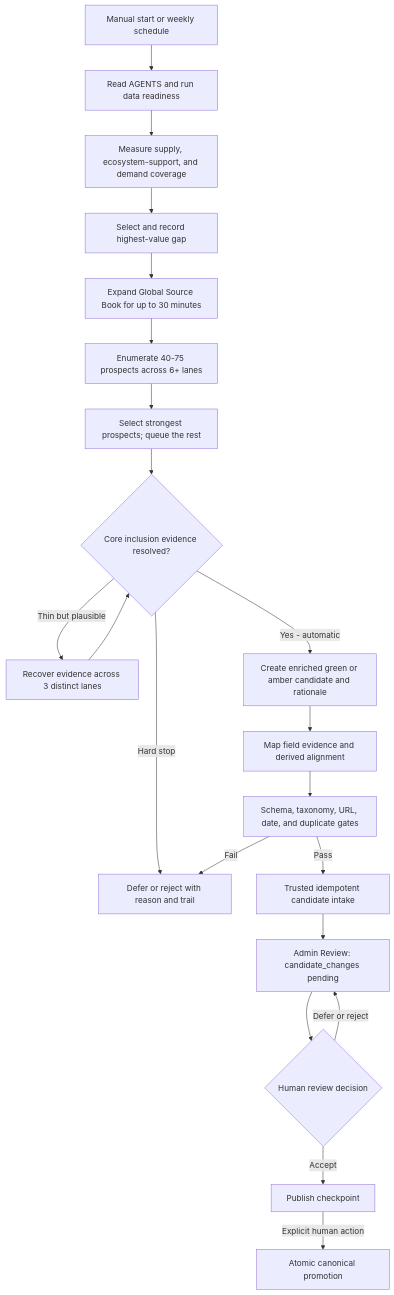
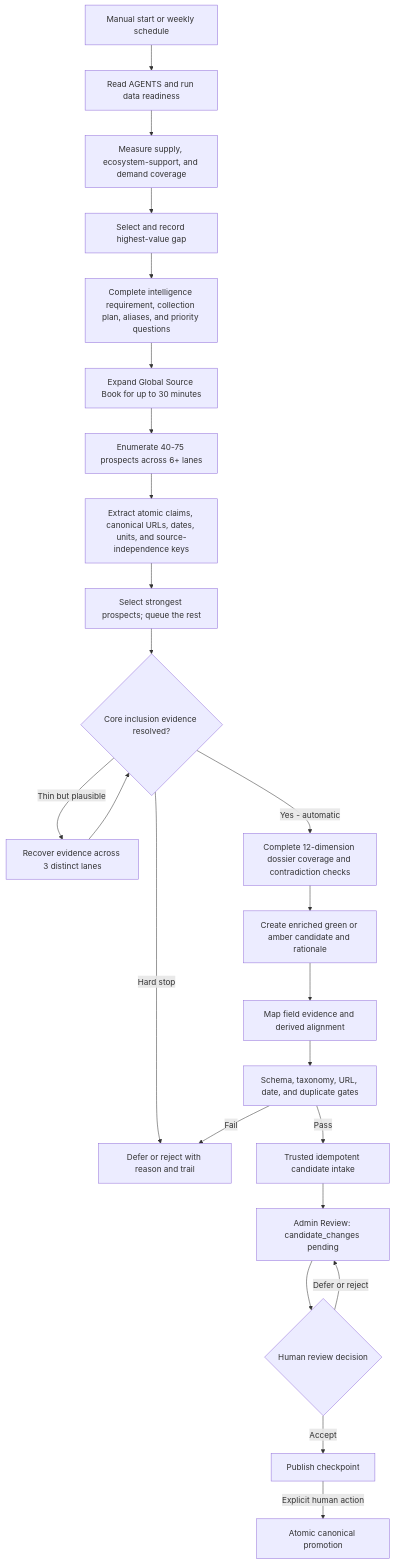
One commit to AndDavies/ecosystem_intelligence changed the first of 6 diagrams in context/governance/Autonomous Ecosystem Research Pipeline.md. Above: the diagram before and after it, drawn with Mermaid. The commit also changed other lines of this file and 25 other files, not shown here.

````diff
--- a/context/governance/Autonomous Ecosystem Research Pipeline.md
+++ b/context/governance/Autonomous Ecosystem Research Pipeline.md
@@ -18,23 +18,26 @@
 ```mermaid
 flowchart TD
   A["Manual start or weekly schedule"] --> B["Read AGENTS and run data readiness"]
   B --> C["Measure supply, ecosystem-support, and demand coverage"]
   C --> D["Select and record highest-value gap"]
-  D --> E["Expand Global Source Book for up to 30 minutes"]
+  D --> CP["Complete intelligence requirement, collection plan, aliases, and priority questions"]
+  CP --> E["Expand Global Source Book for up to 30 minutes"]
   E --> F["Enumerate 40-75 prospects across 6+ lanes"]
-  F --> G["Select strongest prospects; queue the rest"]
+  F --> CL["Extract atomic claims, canonical URLs, dates, units, and source-independence keys"]
+  CL --> G["Select strongest prospects; queue the rest"]
   G --> H{"Core inclusion evidence resolved?"}
   H -- "Thin but plausible" --> ER["Recover evidence across 3 distinct lanes"]
   ER --> H
   H -- "Hard stop" --> DFR["Defer or reject with reason and trail"]
-  H -- "Yes - automatic" --> I["Create enriched green or amber candidate and rationale"]
+  H -- "Yes - automatic" --> CV["Complete 12-dimension dossier coverage and contradiction checks"]
+  CV --> I["Create enriched green or amber candidate and rationale"]
   I --> J["Map field evidence and derived alignment"]
   J --> K["Schema, taxonomy, URL, date, and duplicate gates"]
   K -- "Fail" --> DFR
   K -- "Pass" --> L["Trusted idempotent candidate intake"]
   L --> M["Admin Review: candidate_changes pending"]
   M --> N{"Human review decision"}
   N -- "Defer or reject" --> M
   N -- "Accept" --> O["Publish checkpoint"]
   O -- "Explicit human action" --> P["Atomic canonical promotion"]
 ```
````
